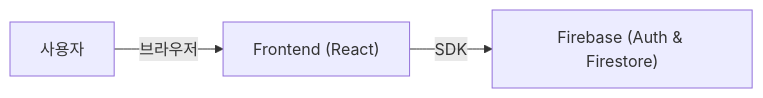
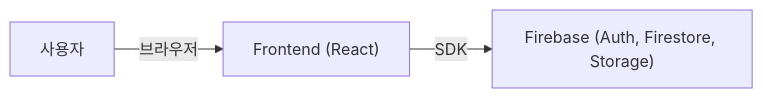
The diagram in doc/2_시스템_설계서.md (BBongSu/AdvanceKeep), drawn with Mermaid before and after one commit. The commit also changed other lines of this file and 11 other files, not shown here.

````diff
--- a/doc/2_시스템_설계서.md
+++ b/doc/2_시스템_설계서.md
@@ -7,5 +7,5 @@
 ```mermaid
 graph LR
     User[사용자] -- "브라우저" --> Frontend["Frontend (React)"]
-    Frontend -- "SDK" --> Firebase["Firebase (Auth & Firestore)"]
+    Frontend -- "SDK" --> Firebase["Firebase (Auth, Firestore, Storage)"]
 ```
````
